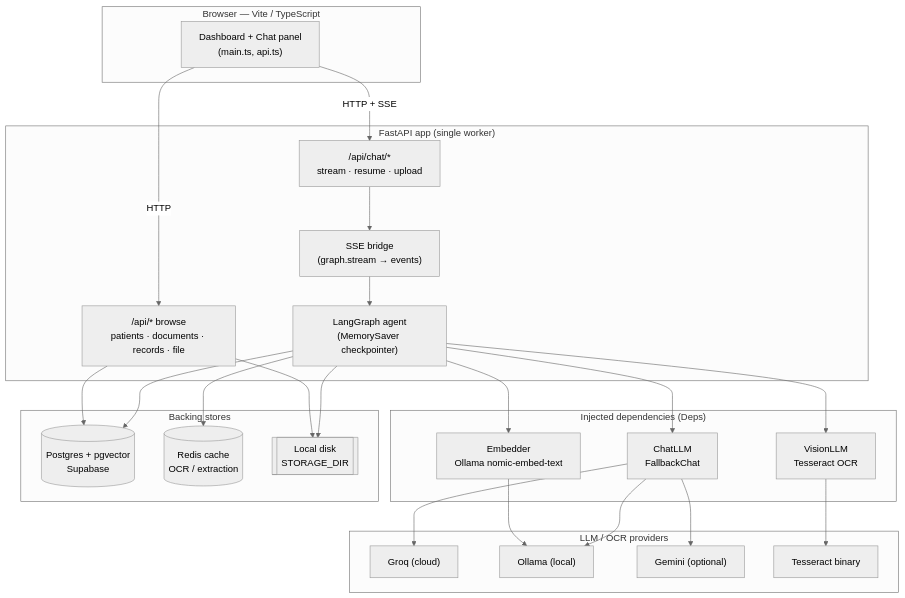
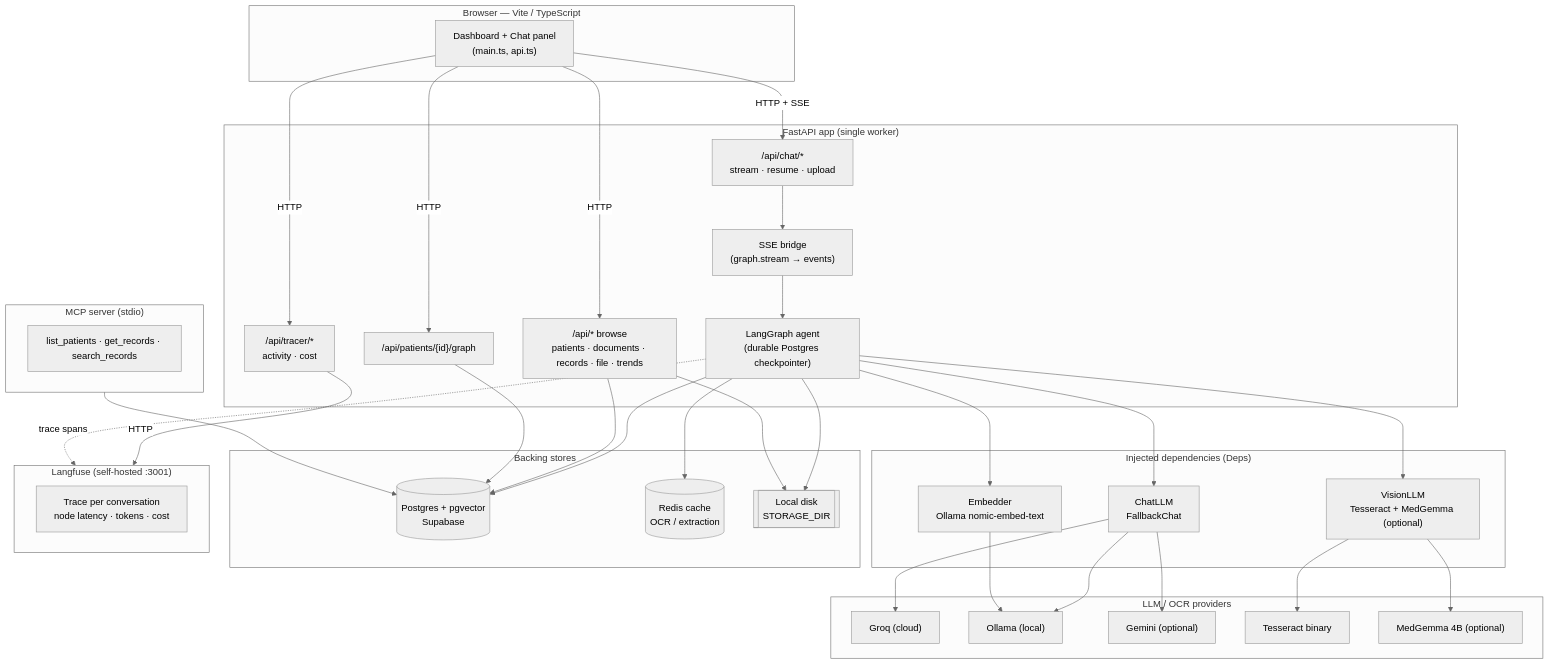
Before and after one commit to shyan23/keeper: the first of 7 diagrams in README.md, drawn with Mermaid (neutral theme). The commit also changed other lines of this file and 13 other files, not shown here.

Commit message:
GRAPH: BOTH UI AND DB

````diff
--- a/README.md
+++ b/README.md
@@ -115,45 +128,62 @@
 ```mermaid
 flowchart TB
     subgraph Client["Browser — Vite / TypeScript"]
         UI["Dashboard + Chat panel<br/>(main.ts, api.ts)"]
     end
 
     subgraph API["FastAPI app (single worker)"]
         CHAT["/api/chat/*<br/>stream · resume · upload"]
-        BROWSE["/api/* browse<br/>patients · documents · records · file"]
+        BROWSE["/api/* browse<br/>patients · documents · records · file · trends"]
+        GRAPH_RT["/api/patients/{id}/graph"]
+        TRACER["/api/tracer/*<br/>activity · cost"]
         SSE["SSE bridge<br/>(graph.stream → events)"]
-        GRAPH["LangGraph agent<br/>(MemorySaver checkpointer)"]
+        AGENT["LangGraph agent<br/>(durable Postgres checkpointer)"]
     end
 
     subgraph Agent["Injected dependencies (Deps)"]
         CHATLLM["ChatLLM<br/>FallbackChat"]
-        VISION["VisionLLM<br/>Tesseract OCR"]
+        VISION["VisionLLM<br/>Tesseract + MedGemma (optional)"]
         EMBED["Embedder<br/>Ollama nomic-embed-text"]
     end
 
     subgraph Stores["Backing stores"]
         PG[("Postgres + pgvector<br/>Supabase")]
         REDIS[("Redis cache<br/>OCR / extraction")]
         DISK[["Local disk<br/>STORAGE_DIR"]]
     end
 
     subgraph Providers["LLM / OCR providers"]
         GROQ["Groq (cloud)"]
         OLLAMA["Ollama (local)"]
         GEMINI["Gemini (optional)"]
         TESS["Tesseract binary"]
+        MEDGEMMA["MedGemma 4B (optional)"]
+    end
+
+    subgraph MCP["MCP server (stdio)"]
+        MCPT["list_patients · get_records · search_records"]
+    end
+
+    subgraph Langfuse["Langfuse (self-hosted :3001)"]
+        LF["Trace per conversation<br/>node latency · tokens · cost"]
     end
 
     UI -->|"HTTP + SSE"| CHAT
     UI -->|"HTTP"| BROWSE
-    CHAT --> SSE --> GRAPH
-    GRAPH --> CHATLLM & VISION & EMBED
-    GRAPH --> PG
-    GRAPH --> REDIS
-    GRAPH --> DISK
+    UI -->|"HTTP"| GRAPH_RT
+    UI -->|"HTTP"| TRACER
+    CHAT --> SSE --> AGENT
+    AGENT --> CHATLLM & VISION & EMBED
+    AGENT --> PG
+    AGENT --> REDIS
+    AGENT --> DISK
     BROWSE --> PG
     BROWSE --> DISK
+    GRAPH_RT --> PG
+    TRACER -->|"HTTP"| Langfuse
     CHATLLM --> GROQ & OLLAMA & GEMINI
-    VISION --> TESS
+    VISION --> TESS & MEDGEMMA
     EMBED --> OLLAMA
+    MCP --> PG
+    AGENT -.->|"trace spans"| Langfuse
 ```
````
